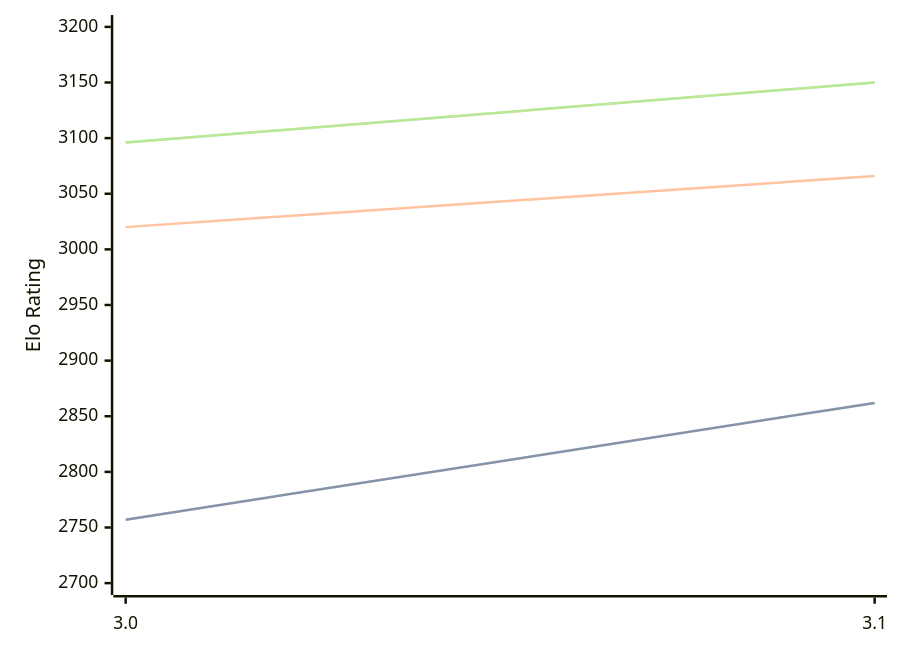
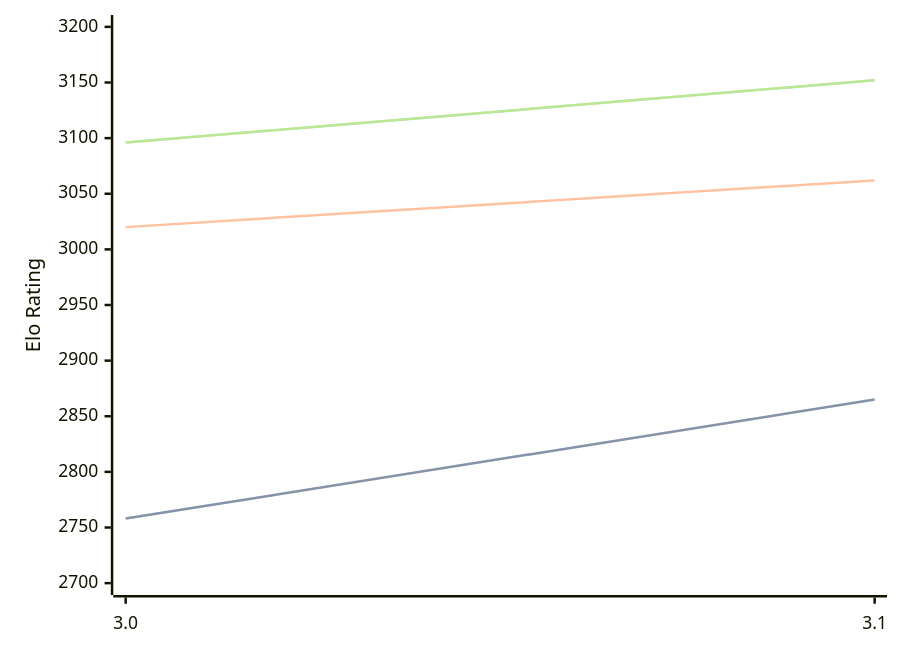
One commit to computer-chess-index/cci changed the diagram in engines/Vajolet2.md. Above: the diagram before and after it, drawn with Mermaid. The commit also changed other lines of this file, not shown here.

Commit message:
Update CCI Ratings (ELO VLTC) - 2026-04-09

````diff
--- a/engines/Vajolet2.md
+++ b/engines/Vajolet2.md
@@ -40,11 +40,11 @@
 ```mermaid
 %%{init: {"theme":"base","themeVariables":{"seriesColors:['#a3a3a3','#222221','#faa371']}}}%%
 xychart-beta
   x-axis ["3.0", "3.1"]
   y-axis "Elo Rating" 2700 --> 3200
-  line "STC (8.0+0.08s)" [2757, 2862]
-  line "STC (8.0+0.08s)" [2757, 2862]
-  line "LTC (60.0+0.60s)" [3020, 3066]
-  line "VLTC (2m24s+1.12s)" [3096, 3150]
-  line "VLTC (2m24s+1.12s)" [3096, 3150]
+  line "STC (8.0+0.08s)" [2758, 2865]
+  line "STC (8.0+0.08s)" [2758, 2865]
+  line "LTC (60.0+0.60s)" [3020, 3062]
+  line "VLTC (2m24s+1.12s)" [3096, 3152]
+  line "VLTC (2m24s+1.12s)" [3096, 3152]
 ```
````
